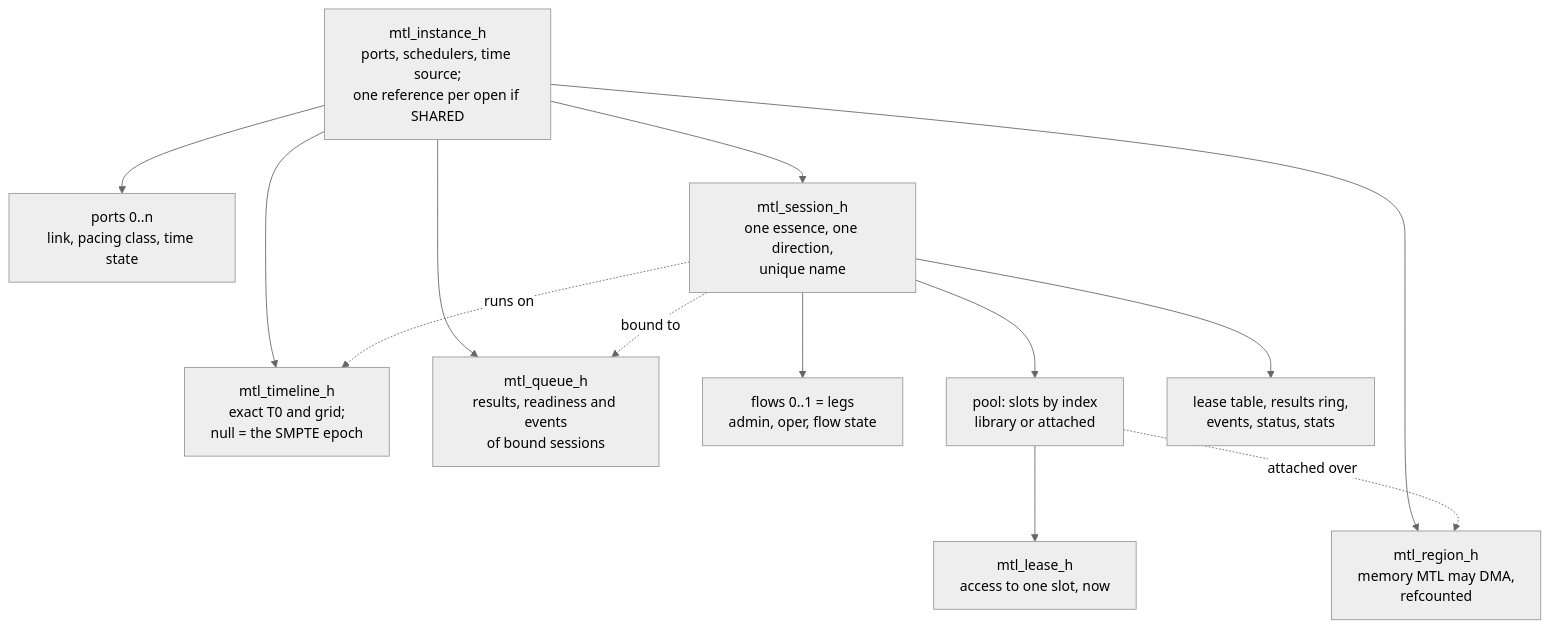
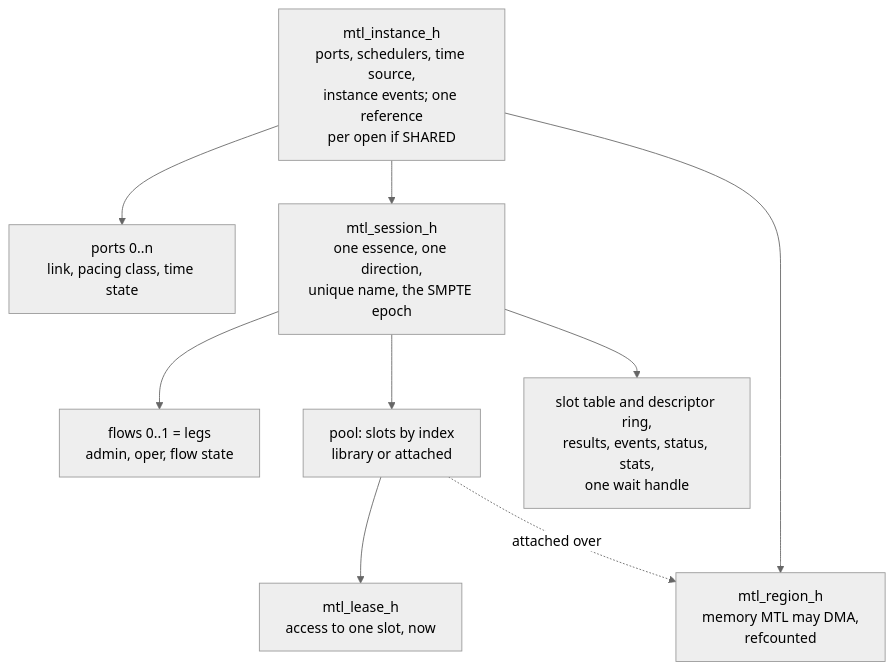
Diagram 22 of 56 in doc/unified-api/diagrams.md (Sakoram/Media-Transport-Library), drawn with Mermaid (neutral theme) before and after one commit. The commit also changed other lines of this file and 56 other files, not shown here.

````diff
--- a/doc/unified-api/diagrams.md
+++ b/doc/unified-api/diagrams.md
@@ -583,16 +619,12 @@
 ```mermaid
 flowchart TB
-    I["mtl_instance_h<br/>ports, schedulers, time source;<br/>one reference per open if SHARED"]
+    I["mtl_instance_h<br/>ports, schedulers, time source,<br/>instance events; one reference<br/>per open if SHARED"]
     I --> P["ports 0..n<br/>link, pacing class, time state"]
-    I --> S["mtl_session_h<br/>one essence, one direction,<br/>unique name"]
+    I --> S["mtl_session_h<br/>one essence, one direction,<br/>unique name, the SMPTE epoch"]
     I --> R["mtl_region_h<br/>memory MTL may DMA,<br/>refcounted"]
-    I --> T["mtl_timeline_h<br/>exact T0 and grid;<br/>null = the SMPTE epoch"]
-    I --> Q["mtl_queue_h<br/>results, readiness and events<br/>of bound sessions"]
     S --> F["flows 0..1 = legs<br/>admin, oper, flow state"]
     S --> PL["pool: slots by index<br/>library or attached"]
-    S --> LT["lease table, results ring,<br/>events, status, stats"]
+    S --> LT["slot table and descriptor ring,<br/>results, events, status, stats,<br/>one wait handle"]
     PL --> L["mtl_lease_h<br/>access to one slot, now"]
     PL -.->|"attached over"| R
-    S -.->|"runs on"| T
-    S -.->|"bound to"| Q
 ```
````
